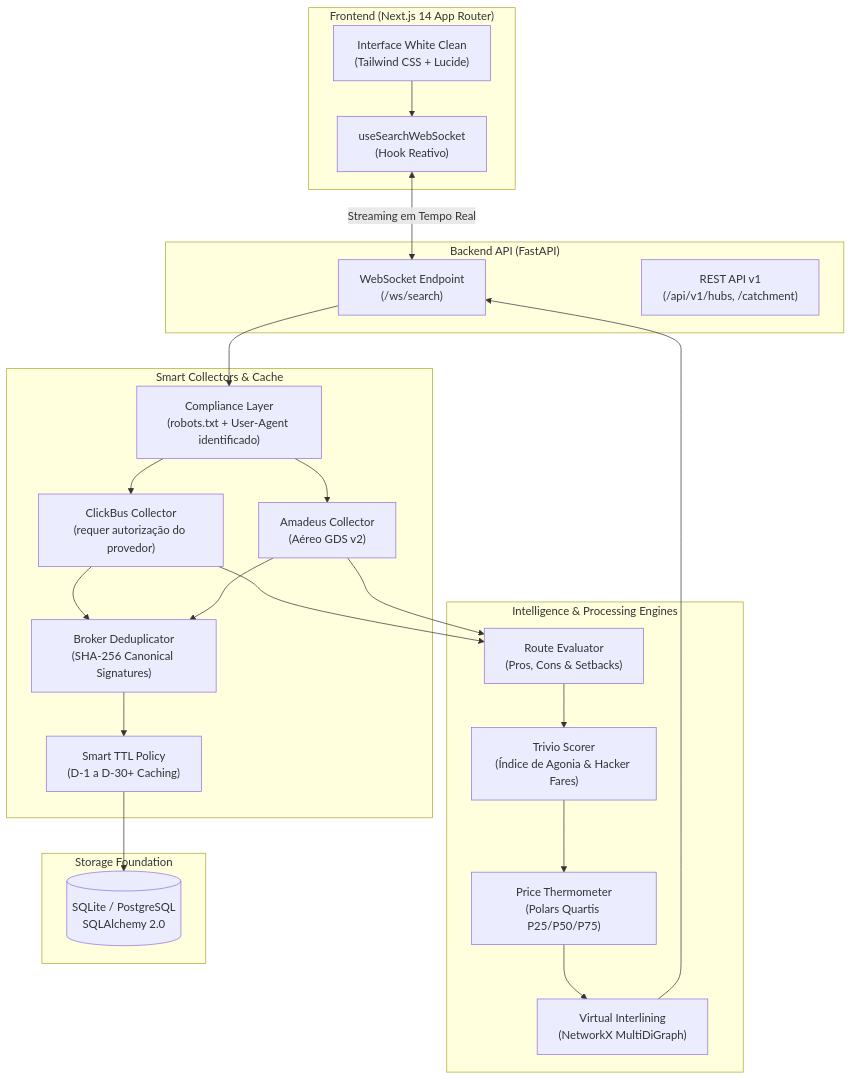
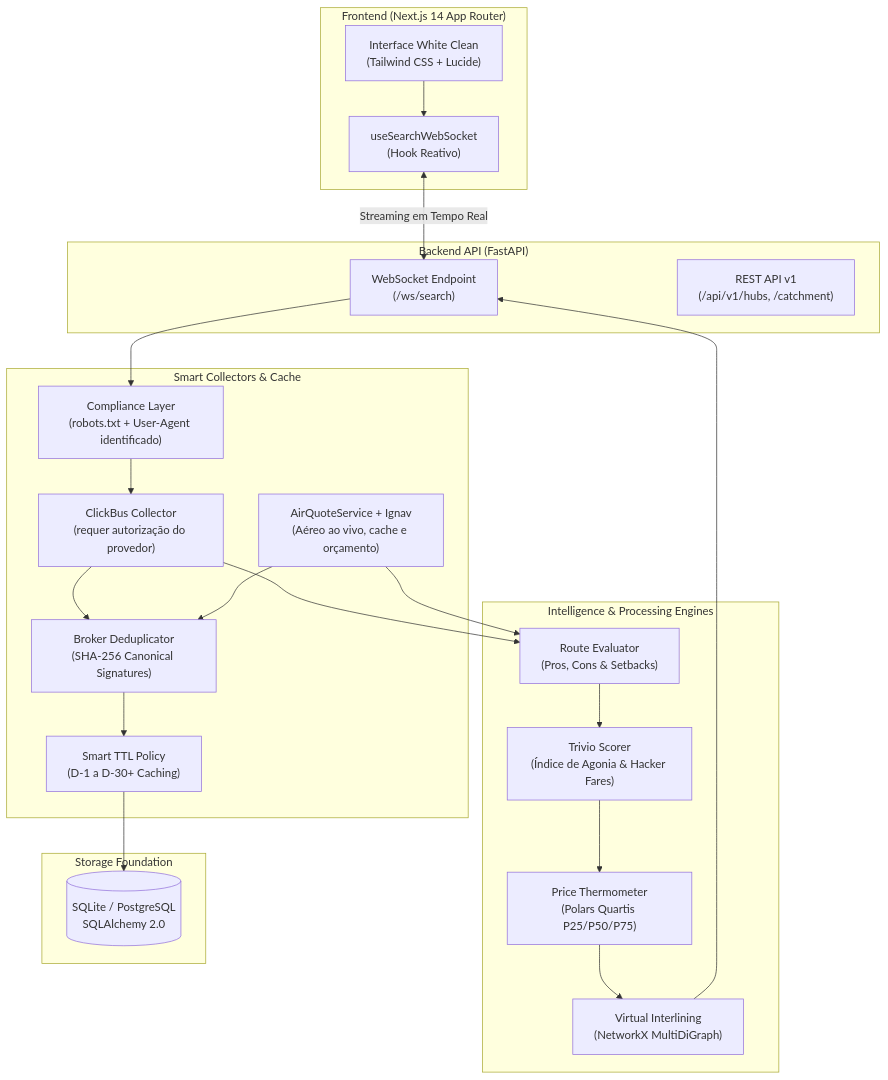
Before and after one commit to gabrieltxr/trivio: the diagram in README.md, drawn with Mermaid. The commit also changed other lines of this file and 22 other files, not shown here.

First line of the commit message:
feat: preços aéreos ao vivo via Ignav com cache, orçamento e link sob demanda

````diff
--- a/README.md
+++ b/README.md
@@ -26,45 +26,44 @@
 ```mermaid
 flowchart TD
     subgraph Frontend["Frontend (Next.js 14 App Router)"]
         UI["Interface White Clean\n(Tailwind CSS + Lucide)"]
         WSClient["useSearchWebSocket\n(Hook Reativo)"]
     end
 
     subgraph API["Backend API (FastAPI)"]
         WS["WebSocket Endpoint\n(/ws/search)"]
         REST["REST API v1\n(/api/v1/hubs, /catchment)"]
     end
 
     subgraph Engines["Intelligence & Processing Engines"]
         Evaluator["Route Evaluator\n(Pros, Cons & Setbacks)"]
         Scorer["Trivio Scorer\n(Índice de Agonia & Hacker Fares)"]
         Thermometer["Price Thermometer\n(Polars Quartis P25/P50/P75)"]
         Interliner["Virtual Interlining\n(NetworkX MultiDiGraph)"]
     end
 
     subgraph Collectors["Smart Collectors & Cache"]
         Compliance["Compliance Layer\n(robots.txt + User-Agent identificado)"]
         ClickBus["ClickBus Collector\n(requer autorização do provedor)"]
-        Amadeus["Amadeus Collector\n(Aéreo GDS v2)"]
+        Ignav["AirQuoteService + Ignav\n(Aéreo ao vivo, cache e orçamento)"]
         Deduplicator["Broker Deduplicator\n(SHA-256 Canonical Signatures)"]
         TTLPolicy["Smart TTL Policy\n(D-1 a D-30+ Caching)"]
     end
 
     subgraph Storage["Storage Foundation"]
         DB[(SQLite / PostgreSQL\nSQLAlchemy 2.0)]
     end
 
     UI --> WSClient
     WSClient <-->|Streaming em Tempo Real| WS
     WS --> Compliance
     Compliance --> ClickBus
-    Compliance --> Amadeus
-    ClickBus & Amadeus --> Deduplicator
+    ClickBus & Ignav --> Deduplicator
     Deduplicator --> TTLPolicy
     TTLPolicy --> DB
-    ClickBus & Amadeus --> Evaluator
+    ClickBus & Ignav --> Evaluator
     Evaluator --> Scorer
     Scorer --> Thermometer
     Thermometer --> Interliner
     Interliner --> WS
 ```
````
